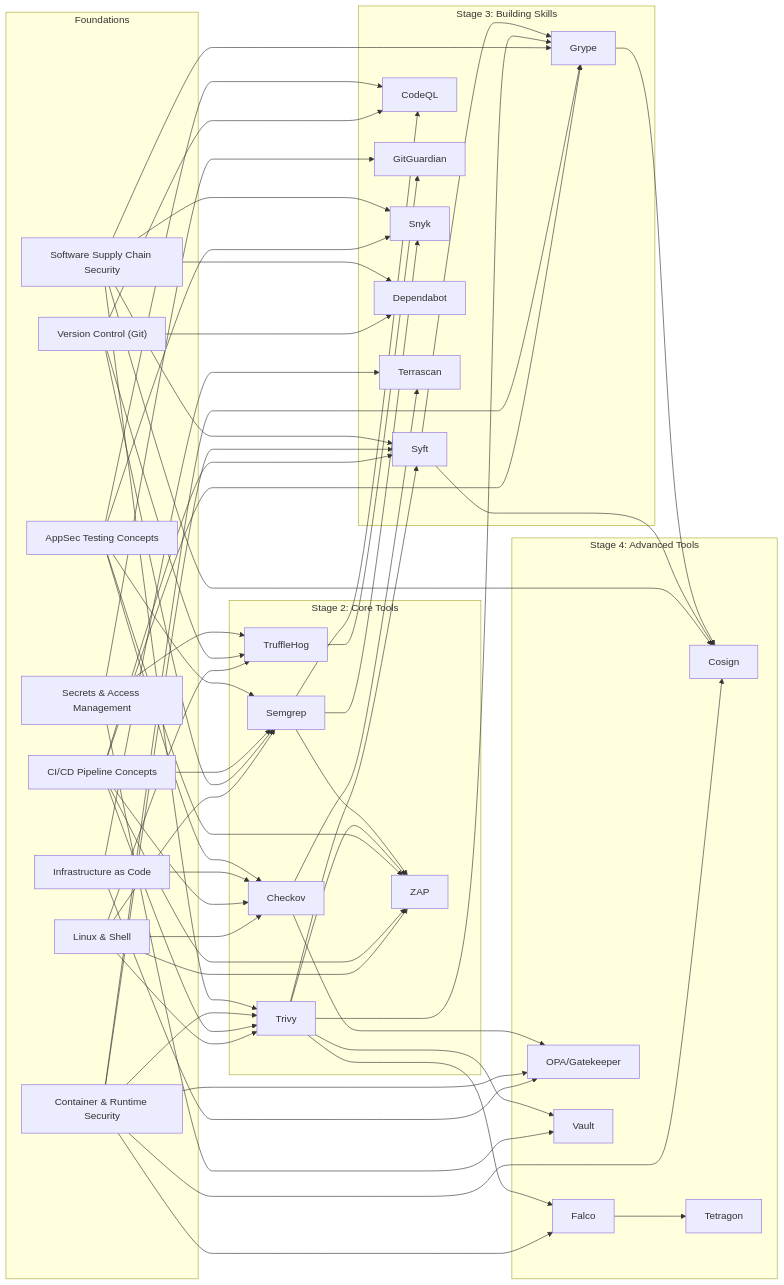
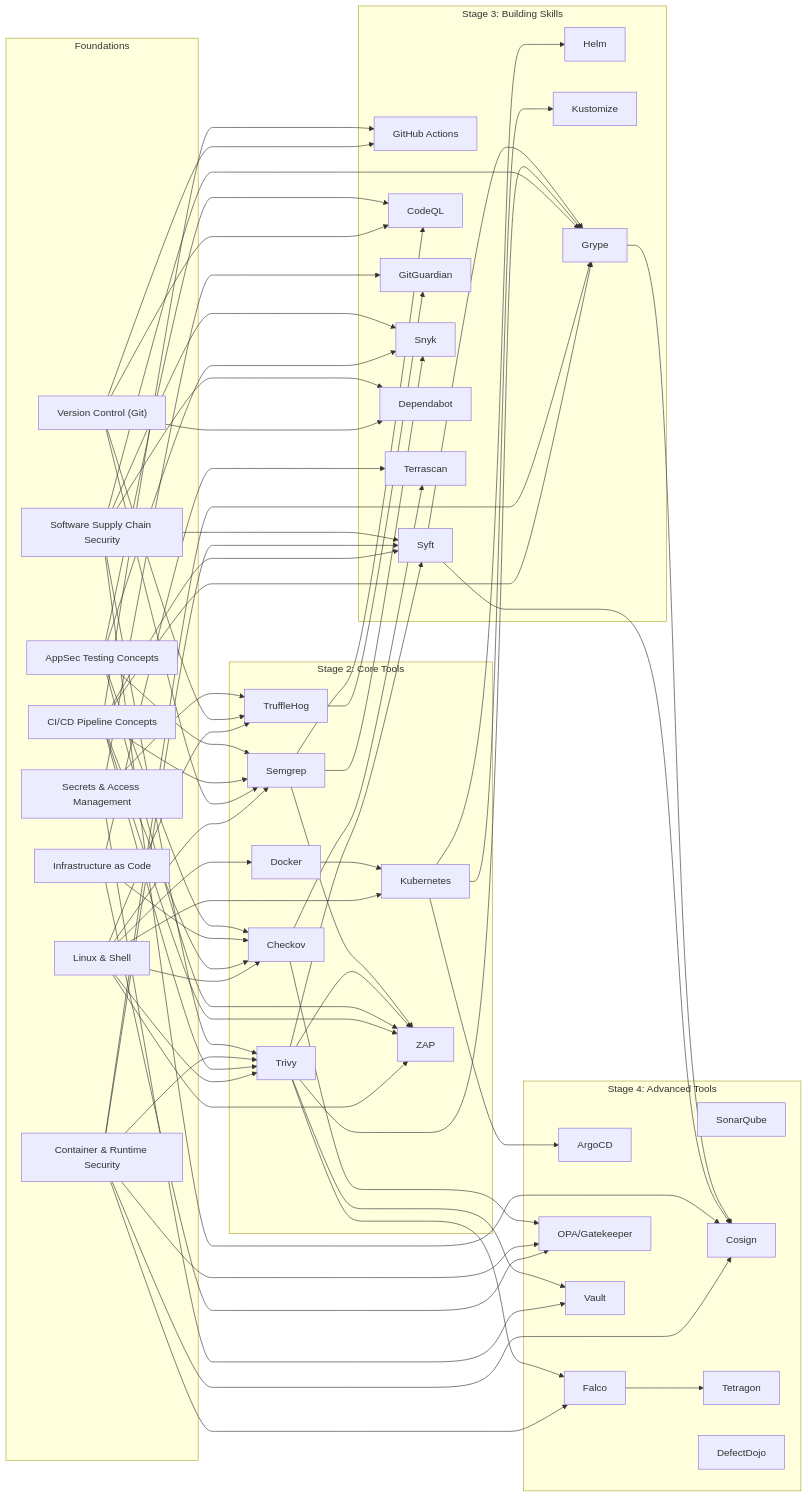
One commit to Sainathkeesara/DevSecOps-Kit changed the diagram in 00_index/learning-path.md. Above: the diagram before and after it, drawn with Mermaid. The commit also changed other lines of this file and 5 other files, not shown here.

````diff
--- a/00_index/learning-path.md
+++ b/00_index/learning-path.md
@@ -64,56 +72,68 @@
 ```mermaid
 flowchart LR
   subgraph Foundations
     Linux["Linux & Shell"]
     Git["Version Control (Git)"]
     CICD["CI/CD Pipeline Concepts"]
     IaC["Infrastructure as Code"]
     AppSec["AppSec Testing Concepts"]
     Container["Container & Runtime Security"]
     Secrets["Secrets & Access Management"]
     SupplyChain["Software Supply Chain Security"]
   end
 
   subgraph Core[Stage 2: Core Tools]
+    Docker
+    Kubernetes
     Trivy
     Semgrep
     Checkov
     TruffleHog
     ZAP
   end
 
   subgraph Intermediate[Stage 3: Building Skills]
+    Helm
+    Kustomize
+    GitHubActions["GitHub Actions"]
     Syft
     Grype
     CodeQL
     GitGuardian
     Snyk
     Dependabot
     Terrascan
   end
 
   subgraph Advanced[Stage 4: Advanced Tools]
+    ArgoCD
+    SonarQube
     Cosign
     Falco
     OPA["OPA/Gatekeeper"]
     Vault
     Tetragon
+    DefectDojo
   end
 
-  Linux --> Trivy & Semgrep & Checkov & TruffleHog & ZAP
+  Linux --> Docker & Kubernetes & Trivy & Semgrep & Checkov & TruffleHog & ZAP
   Git --> TruffleHog & CodeQL & Semgrep & Dependabot
   CICD --> Trivy & Semgrep & Checkov & Syft & Grype & ZAP
   IaC --> Checkov & Terrascan & OPA
   AppSec --> Semgrep & CodeQL & ZAP & Snyk & Checkov
   Container --> Trivy & Syft & Grype & Cosign & Falco & OPA
   Secrets --> Vault & TruffleHog & GitGuardian
   SupplyChain --> Syft & Grype & Cosign & Trivy & Dependabot & Snyk
 
+  Docker --> Kubernetes
+  Kubernetes --> Helm & Kustomize & ArgoCD
+  Git --> GitHubActions
+  CICD --> GitHubActions
   Trivy --> Syft & Grype & ZAP & Vault & Falco
   Falco --> Tetragon
   Semgrep --> ZAP & CodeQL & Snyk
   Checkov --> Terrascan & OPA
   TruffleHog --> GitGuardian
   Syft --> Grype & Cosign
   Grype --> Cosign
 ```
````
